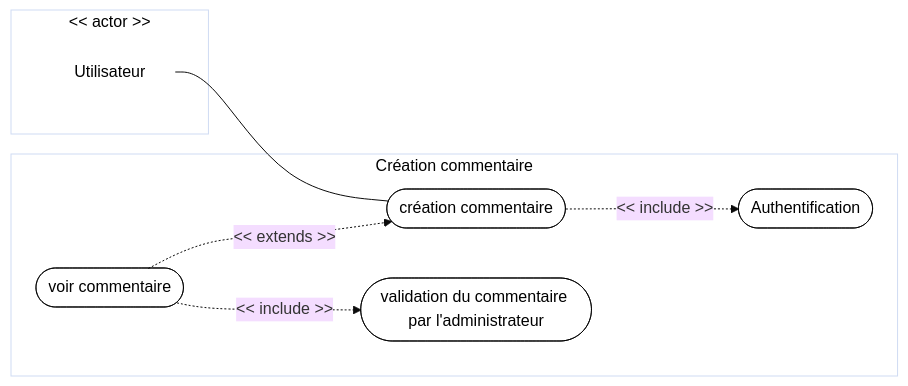
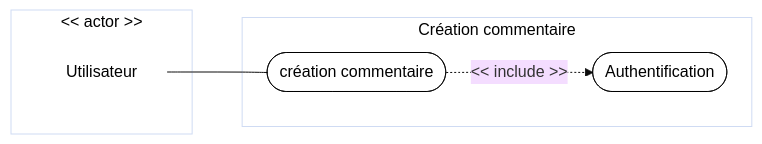
One commit to Tony-marques/p5_blog changed the diagram in public/UML/uc_creation_commentaire.md. Above: the diagram before and after it, drawn with Mermaid (base theme). The commit also changed 28 other files, not shown here.

````diff
--- a/public/UML/uc_creation_commentaire.md
+++ b/public/UML/uc_creation_commentaire.md
@@ -1,32 +1,30 @@
 ```mermaid
   flowchart LR
   subgraph actor[<< actor >>]
     utilisateur[Utilisateur]
   end
 
   subgraph system ["Création commentaire"]
     auth([Authentification])
     create([création commentaire])
-    voir([voir commentaire])
-    validate([validation du commentaire par l'administrateur])
+
   end
 
 class utilisateur,auth,create,voir,validate noBg
 class actor,system whiteBg
 class gestion,create,voir,validate,auth blackBorder
 class utilisateur noBorder
 class actor,utilisateur,system,create,voir,validate,auth blackFont
 
 
 classDef noBg fill: none
 classDef whiteBg fill: #fff
 classDef blackBorder stroke: #000
 classDef noBorder stroke:none
 classDef blackFont color:#000
 
 utilisateur --- create
+
 create -. << include >> .-> auth
-voir -. << extends >> .-> create
-voir -. << include >> .-> validate
 
 ```
````
